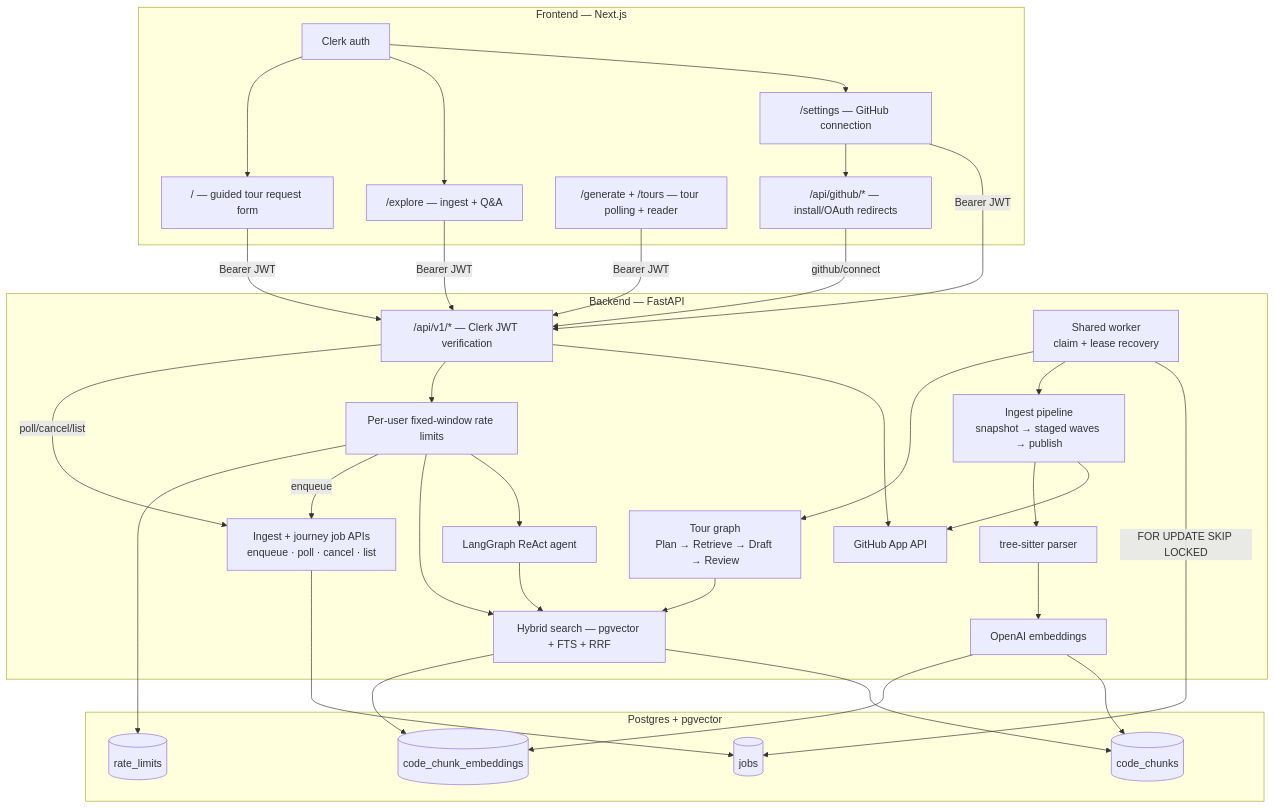
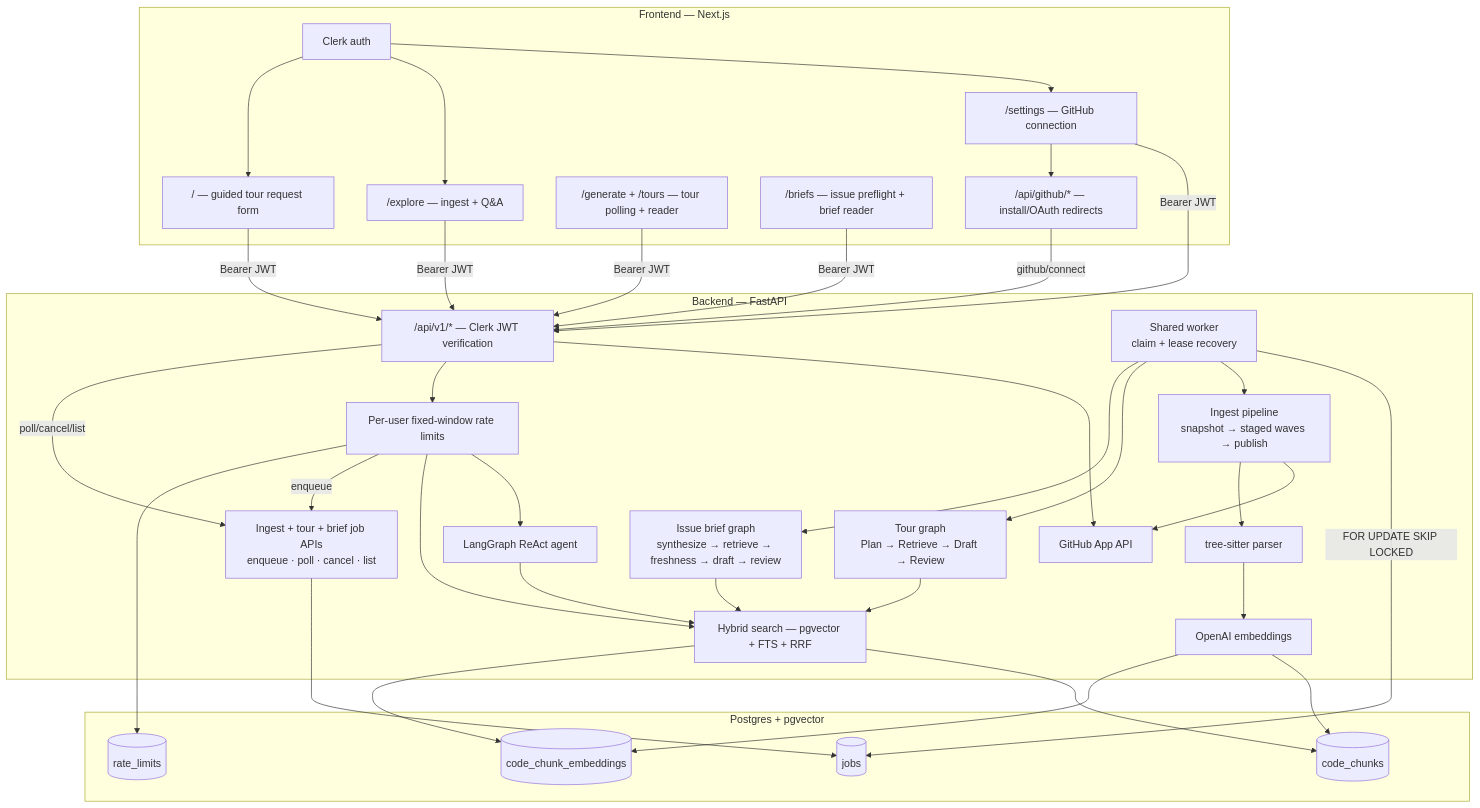
Before and after one commit to jballo/camino: the second of 3 diagrams in README.md, drawn with Mermaid. The commit also changed other lines of this file and 2 other files, not shown here.

Commit message:
docs: document issue briefs and glyph UI

````diff
--- a/README.md
+++ b/README.md
@@ -82,60 +86,65 @@
 ```mermaid
 flowchart TB
   subgraph frontend [Frontend — Next.js]
     Clerk[Clerk auth]
     Settings["/settings — GitHub connection"]
     Explore["/explore — ingest + Q&A"]
     Home["/ — guided tour request form"]
     TourUI["/generate + /tours — tour polling + reader"]
+    BriefUI["/briefs — issue preflight + brief reader"]
     GithubRoutes["/api/github/* — install/OAuth redirects"]
   end
 
   subgraph backend [Backend — FastAPI]
     API["/api/v1/* — Clerk JWT verification"]
     GH[GitHub App API]
     Ingest["Ingest pipeline<br/>snapshot → staged waves → publish"]
     Parser[tree-sitter parser]
     Embed[OpenAI embeddings]
     Search[Hybrid search — pgvector + FTS + RRF]
     Agent[LangGraph ReAct agent]
-    JobAPIs["Ingest + journey job APIs<br/>enqueue · poll · cancel · list"]
+    JobAPIs["Ingest + tour + brief job APIs<br/>enqueue · poll · cancel · list"]
     Worker["Shared worker<br/>claim + lease recovery"]
     TourGraph["Tour graph<br/>Plan → Retrieve → Draft → Review"]
+    BriefGraph["Issue brief graph<br/>synthesize → retrieve → freshness → draft → review"]
     Limits["Per-user fixed-window rate limits"]
   end
 
   subgraph data [Postgres + pgvector]
     Chunks[(code_chunks)]
     Vectors[(code_chunk_embeddings)]
     Jobs[(jobs)]
     Counters[(rate_limits)]
   end
 
   Clerk --> Settings
   Clerk --> Explore
   Clerk --> Home
   Settings -->|"Bearer JWT"| API
   Explore -->|"Bearer JWT"| API
   Home -->|"Bearer JWT"| API
   TourUI -->|"Bearer JWT"| API
+  BriefUI -->|"Bearer JWT"| API
   Settings --> GithubRoutes
   GithubRoutes -->|github/connect| API
   API --> GH
   API --> Limits
   Limits --> Agent
   Limits --> Search
   Limits -->|enqueue| JobAPIs
   API -->|poll/cancel/list| JobAPIs
   Limits --> Counters
   Ingest --> GH
   Ingest --> Parser --> Embed --> Chunks
   Embed --> Vectors
   Agent --> Search
   JobAPIs --> Jobs
   Worker -->|"FOR UPDATE SKIP LOCKED"| Jobs
   Worker --> Ingest
   Worker --> TourGraph
+  Worker --> BriefGraph
   TourGraph --> Search
+  BriefGraph --> Search
   Search --> Chunks
   Search --> Vectors
 ```
````
